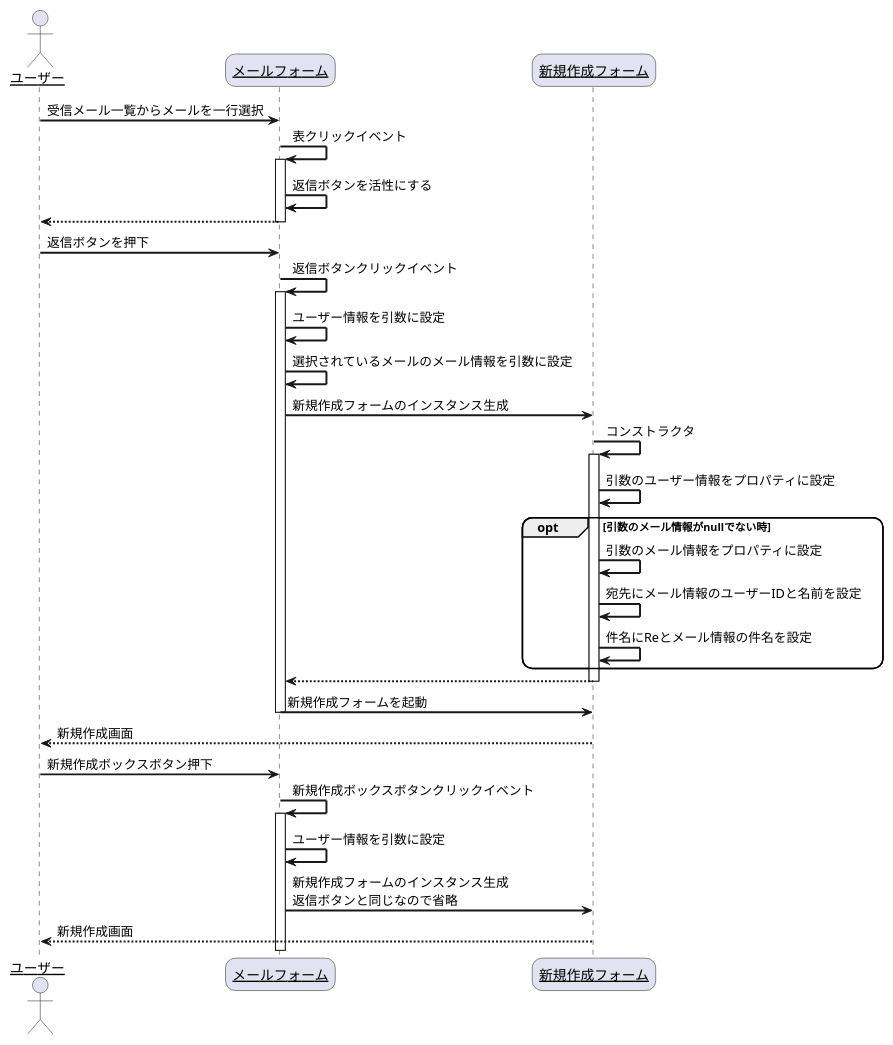
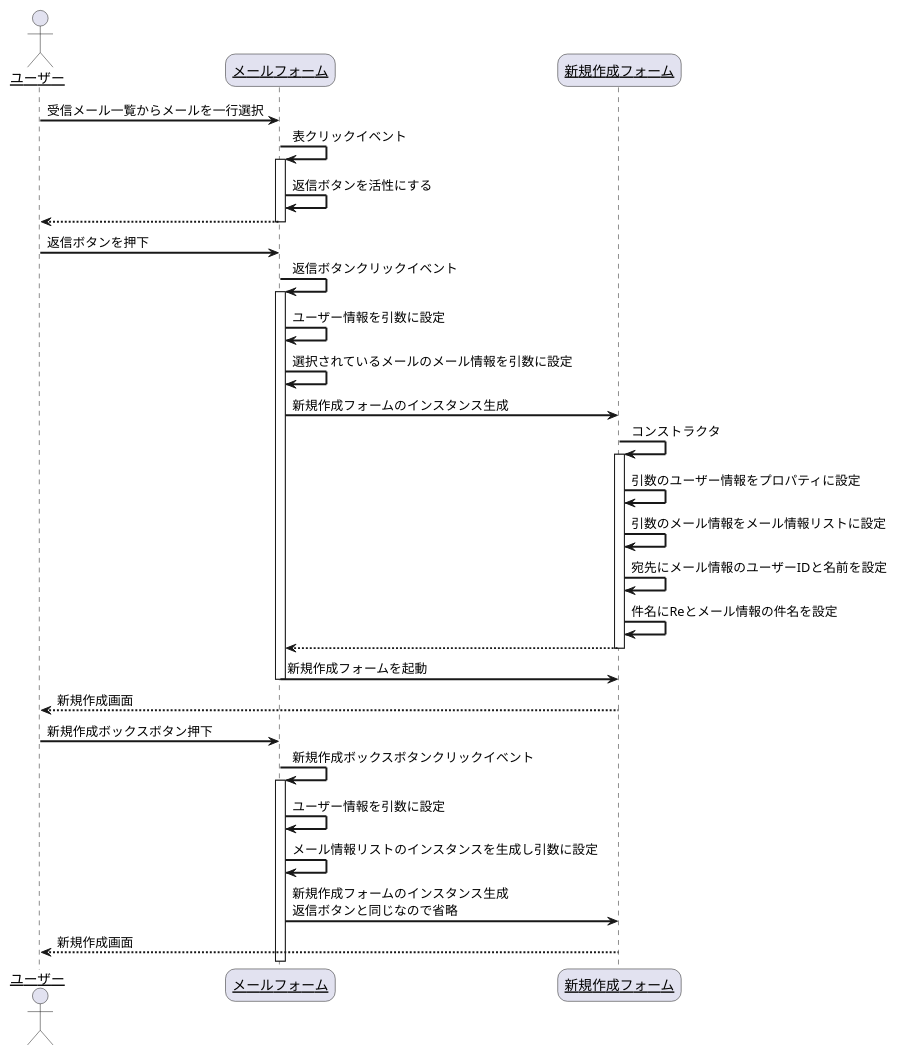
Before and after one commit to R-SAIKI/practiceUML: the diagram in シーケンス図/メール/メール_返信_新規作成.pu, drawn with PlantUML. The commit also changed 2 other files, not shown here.

Commit message:
mail halfway

```diff
--- a/シーケンス図/メール/メール_返信_新規作成.pu
+++ b/シーケンス図/メール/メール_返信_新規作成.pu
@@ -1,44 +1,43 @@
 @startuml
 skinparam sequenceArrowThickness 2
 skinparam roundcorner 20
 skinparam maxmessagesize 60
 skinparam sequenceParticipant underline
 
 actor "ユーザー" as user
 participant "メールフォーム" as mail_form
 participant "新規作成フォーム" as mail_create_form
 
 user -> mail_form: 受信メール一覧からメールを一行選択
 mail_form -> mail_form: 表クリックイベント
 activate mail_form
 mail_form -> mail_form: 返信ボタンを活性にする
 mail_form --> user:
 deactivate mail_form
 user -> mail_form: 返信ボタンを押下
 mail_form -> mail_form: 返信ボタンクリックイベント
 activate mail_form
 mail_form -> mail_form:ユーザー情報を引数に設定
 mail_form -> mail_form:選択されているメールのメール情報を引数に設定
 mail_form -> mail_create_form: 新規作成フォームのインスタンス生成
 mail_create_form -> mail_create_form: コンストラクタ
 activate mail_create_form
 mail_create_form -> mail_create_form: 引数のユーザー情報をプロパティに設定
-opt 引数のメール情報がnullでない時
-    mail_create_form -> mail_create_form: 引数のメール情報をプロパティに設定
-    mail_create_form -> mail_create_form: 宛先にメール情報のユーザーIDと名前を設定
-    mail_create_form -> mail_create_form: 件名にReとメール情報の件名を設定
-end
+mail_create_form -> mail_create_form: 引数のメール情報をメール情報リストに設定
+mail_create_form -> mail_create_form: 宛先にメール情報のユーザーIDと名前を設定
+mail_create_form -> mail_create_form: 件名にReとメール情報の件名を設定
 mail_create_form --> mail_form:
 deactivate mail_create_form
 mail_form -> mail_create_form: 新規作成フォームを起動
 deactivate mail_form
 mail_create_form --> user:新規作成画面
 
 user -> mail_form: 新規作成ボックスボタン押下
 mail_form -> mail_form: 新規作成ボックスボタンクリックイベント
 activate mail_form
 mail_form -> mail_form:ユーザー情報を引数に設定
+mail_form -> mail_form:メール情報リストのインスタンスを生成し引数に設定
 mail_form -> mail_create_form: 新規作成フォームのインスタンス生成\n返信ボタンと同じなので省略
 mail_create_form --> user:新規作成画面
 
 @enduml
```
